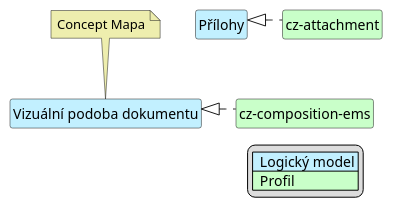
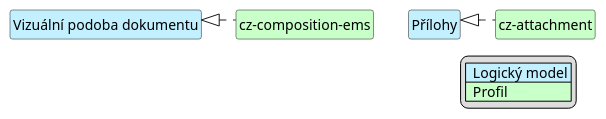
Before and after one commit to HL7-cz/cz-ems: the diagram in input/images-source/emsAttach-map-cs.plantuml, drawn with PlantUML. The commit also changed 1 other file, not shown here.

```diff
--- a/input/images-source/emsAttach-map-cs.plantuml
+++ b/input/images-source/emsAttach-map-cs.plantuml
@@ -1,32 +1,29 @@
 @startuml
 hide circle
 hide stereotype
 hide members
 hide methods
 skinparam linetype ortho
 skinparam class {
 BackgroundColor<<LogicalModel>> #APPLICATION
 BackgroundColor<<Profile>> #TECHNOLOGY
 }
 legend right
 | <#APPLICATION>  Logický model |
 | <#TECHNOLOGY>  Profil |
 endlegend
 
 class "Přílohy" <<LogicalModel>> [[StructureDefinition-LogAttachmentsCz.html]]
 
 class "Vizuální podoba dokumentu" <<LogicalModel>> [[StructureDefinition-LogPresentedFormCz.html]]
-note top #EEEEAE [[ConceptMap-AttachmentEMS2FHIR-cz.html]]
-Concept Mapa
-endnote
 
 class "cz-composition-ems" <<Profile>> [[https://build.fhir.org/ig/HL7-cz/cz-ems/StructureDefinition-cz-composition-ems.html]]
 class "cz-attachment" <<Profile>> [[https://build.fhir.org/ig/HL7-cz/cz-core/StructureDefinition-cz-attachment.html]]
 
 "Vizuální podoba dokumentu" <|. "cz-composition-ems"
 "Přílohy" <|. "cz-attachment"
 
 "Vizuální podoba dokumentu" -d[hidden]-> "cz-composition-ems"
 "Přílohy" -d[hidden]-> "cz-attachment"
 
 @enduml
```
